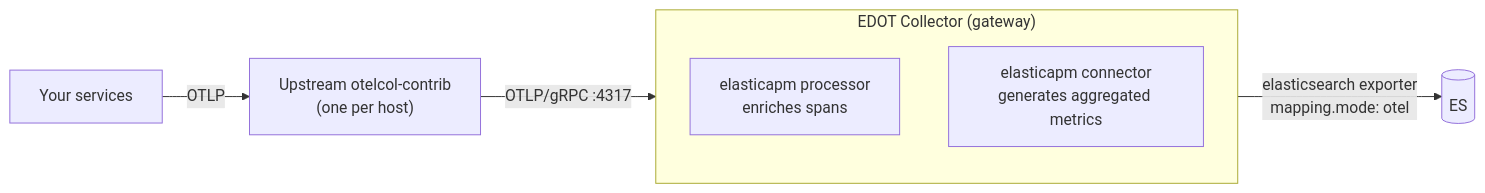
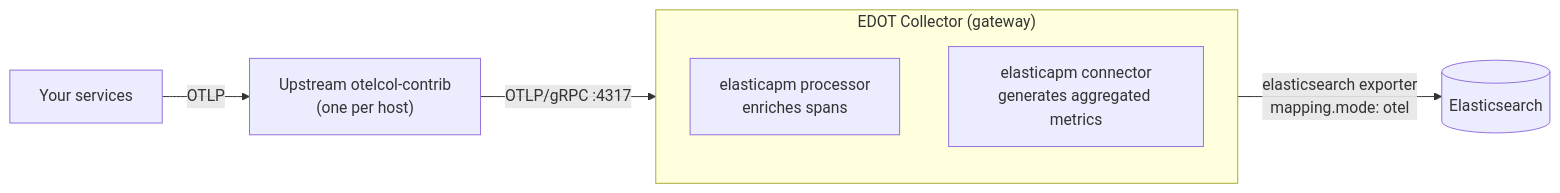
One commit to elastic/docs-content changed the diagram in solutions/observability/get-started/opentelemetry/use-cases/upstream-collector/index.md. Above: the diagram before and after it, drawn with Mermaid. The commit also changed other lines of this file and 1 other file, not shown here.

````diff
--- a/solutions/observability/get-started/opentelemetry/use-cases/upstream-collector/index.md
+++ b/solutions/observability/get-started/opentelemetry/use-cases/upstream-collector/index.md
@@ -29,12 +29,12 @@
 ```mermaid
 flowchart LR
     S["Your services"] -->|OTLP| U["Upstream otelcol-contrib<br/>(one per host)"]
     U -->|"OTLP/gRPC :4317"| G
 
     subgraph G["EDOT Collector (gateway)"]
         P["elasticapm processor<br/>enriches spans"]
         C["elasticapm connector<br/>generates aggregated metrics"]
     end
 
-    G -->|"elasticsearch exporter<br/>mapping.mode: otel"| E[("ES")]
+    G -->|"elasticsearch exporter<br/>mapping.mode: otel"| E[("Elasticsearch")]
 ```
````
